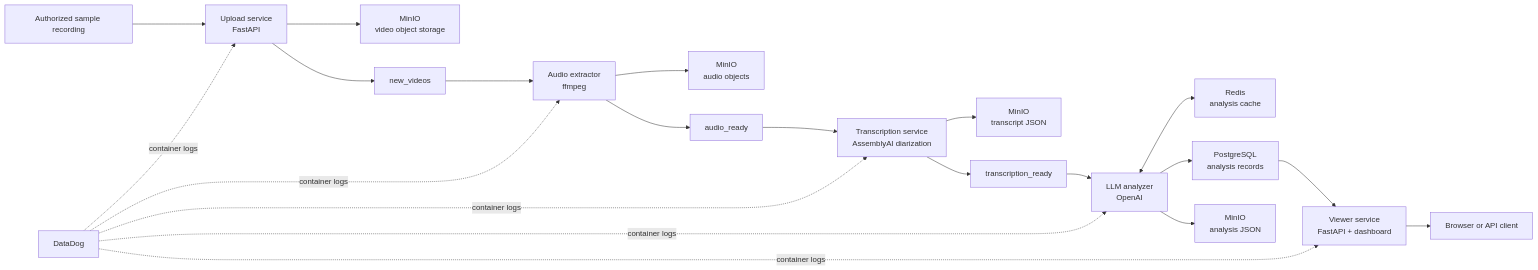
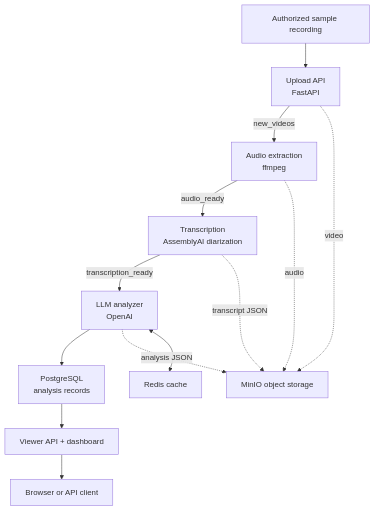
The diagram in README.md (LironTal01/Psychology_Session_Analyzer), drawn with Mermaid before and after one commit. The commit also changed other lines of this file, not shown here.

Commit message:
docs: refine project narrative and architecture diagram

````diff
--- a/README.md
+++ b/README.md
@@ -33,23 +33,16 @@
 ```mermaid
-flowchart LR
-    U["Authorized sample recording"] --> UP["Upload service\nFastAPI"]
-    UP --> V["MinIO\nvideo object storage"]
-    UP --> Q1["new_videos"]
-    Q1 --> AE["Audio extractor\nffmpeg"]
-    AE --> A["MinIO\naudio objects"]
-    AE --> Q2["audio_ready"]
-    Q2 --> TS["Transcription service\nAssemblyAI diarization"]
-    TS --> T["MinIO\ntranscript JSON"]
-    TS --> Q3["transcription_ready"]
-    Q3 --> LA["LLM analyzer\nOpenAI"]
-    LA <--> R["Redis\nanalysis cache"]
+flowchart TB
+    U["Authorized sample recording"] --> UP["Upload API\nFastAPI"]
+    UP -->|"new_videos"| AE["Audio extraction\nffmpeg"]
+    AE -->|"audio_ready"| TS["Transcription\nAssemblyAI diarization"]
+    TS -->|"transcription_ready"| LA["LLM analyzer\nOpenAI"]
     LA --> DB["PostgreSQL\nanalysis records"]
-    LA --> M["MinIO\nanalysis JSON"]
-    DB --> VS["Viewer service\nFastAPI + dashboard"]
+    DB --> VS["Viewer API + dashboard"]
     VS --> B["Browser or API client"]
-    DD["DataDog"] -. container logs .-> UP
-    DD -. container logs .-> AE
-    DD -. container logs .-> TS
-    DD -. container logs .-> LA
-    DD -. container logs .-> VS
+
+    UP -. "video" .-> S["MinIO object storage"]
+    AE -. "audio" .-> S
+    TS -. "transcript JSON" .-> S
+    LA -. "analysis JSON" .-> S
+    LA <--> R["Redis cache"]
 ```
````
